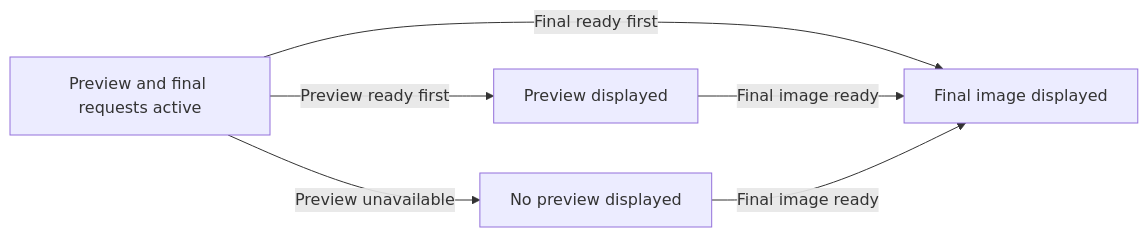
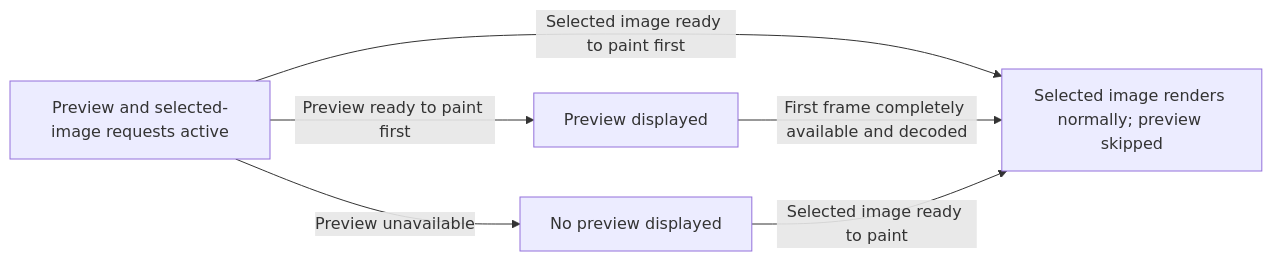
The diagram in ImagePreview/explainer.md (MicrosoftEdge/MSEdgeExplainers), drawn with Mermaid before and after one commit. The commit also changed other lines of this file, not shown here.

First line of the commit message:
Clarify preview-to-final image handoff behavior (#1414)

````diff
--- a/ImagePreview/explainer.md
+++ b/ImagePreview/explainer.md
@@ -214,8 +216,8 @@
 ```mermaid
 flowchart LR
-  A[Preview and final requests active] -->|Preview ready first| D[Preview displayed]
-  A -->|Final ready first| F[Final image displayed]
-  D -->|Final image ready| F
-  A -->|Preview unavailable| G[No preview displayed]
-  G -->|Final image ready| F
+  A[Preview and selected-image requests active] -->|Selected image ready to paint first| I[Selected image renders normally; preview skipped]
+  A -->|Preview ready to paint first| P[Preview displayed]
+  P -->|First frame completely available and decoded| I
+  A -->|Preview unavailable| N[No preview displayed]
+  N -->|Selected image ready to paint| I
 ```
````
